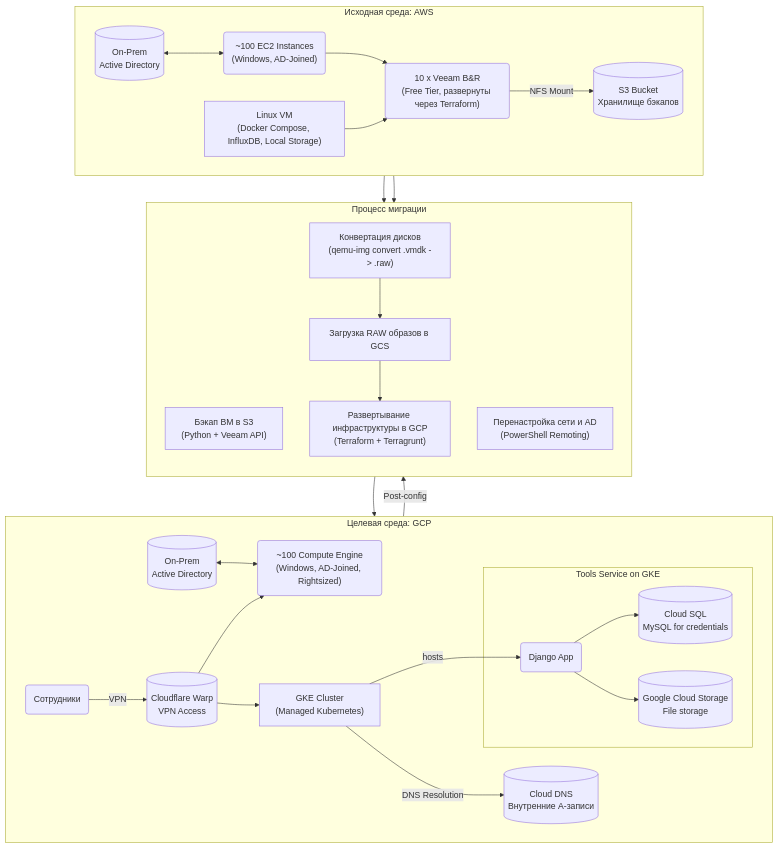
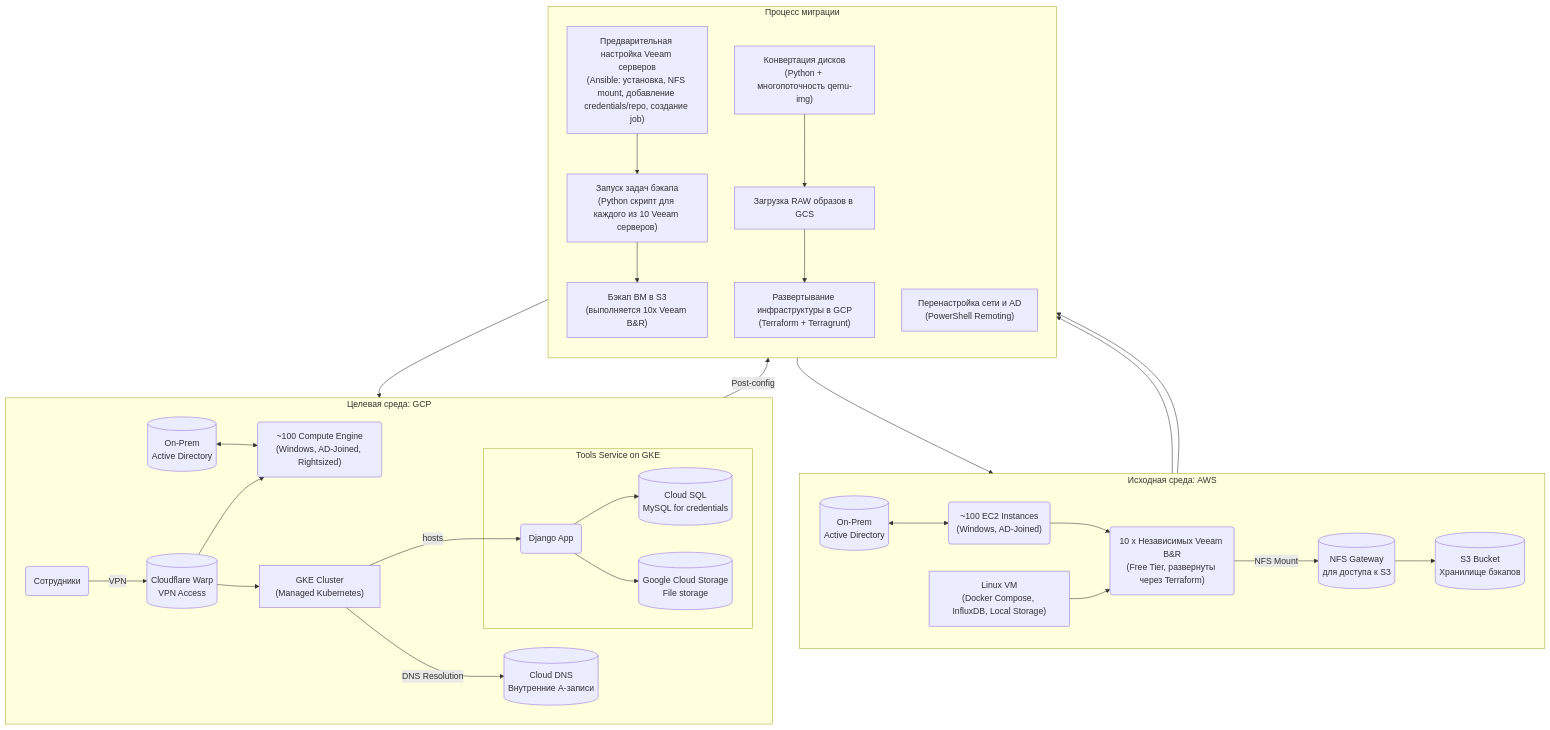
One commit to NeverTheSame/Y-TDD changed the diagram in README.md. Above: the diagram before and after it, drawn with Mermaid. The commit also changed other lines of this file and 3 other files, not shown here.

````diff
--- a/README.md
+++ b/README.md
@@ -64,56 +64,63 @@
 ```mermaid
 graph TD;
     subgraph "Исходная среда: AWS"
         direction LR
         A_AD[("On-Prem<br>Active Directory")]
         A_EC2("~100 EC2 Instances<br>(Windows, AD-Joined)")
         A_Tools["Linux VM<br>(Docker Compose, InfluxDB, Local Storage)"]
-        A_Veeam("10 x Veeam B&R<br>(Free Tier, развернуты через Terraform)")
+        A_Veeam("10 x Независимых Veeam B&R<br>(Free Tier, развернуты через Terraform)")
         A_S3[("S3 Bucket<br>Хранилище бэкапов")]
+        A_NFSGW[("NFS Gateway<br>для доступа к S3")]
 
         A_AD <--> A_EC2;
         A_EC2 --> A_Veeam;
         A_Tools --> A_Veeam;
-        A_Veeam -- NFS Mount --> A_S3;
+        A_Veeam -- NFS Mount --> A_NFSGW;
+        A_NFSGW --> A_S3;
     end
 
     subgraph "Целевая среда: GCP"
         direction LR
         G_AD[("On-Prem<br>Active Directory")]
         G_GCE("~100 Compute Engine<br>(Windows, AD-Joined, Rightsized)")
         G_GKE["GKE Cluster<br>(Managed Kubernetes)"]
         G_CloudSQL[("Cloud SQL<br>MySQL for credentials")]
         G_GCS[("Google Cloud Storage<br>File storage")]
         G_CloudDNS[("Cloud DNS<br>Внутренние A-записи")]
         G_Warp[("Cloudflare Warp<br>VPN Access")]
 
         subgraph "Tools Service on GKE"
             G_Django("Django App")
             G_Django --> G_CloudSQL;
             G_Django --> G_GCS;
         end
 
         G_GKE -- hosts --> G_Django;
         G_AD <--> G_GCE;
         G_Users("Сотрудники") -- VPN --> G_Warp;
         G_Warp --> G_GCE;
         G_Warp --> G_GKE;
         G_GKE -- DNS Resolution --> G_CloudDNS;
     end
 
     subgraph "Процесс миграции"
         direction TB
-        P1["Бэкап ВМ в S3<br>(Python + Veeam API)"]
-        P2["Конвертация дисков<br>(qemu-img convert .vmdk -> .raw)"]
-        P3["Загрузка RAW образов в GCS"]
-        P4["Развертывание инфраструктуры в GCP<br>(Terraform + Terragrunt)"]
-        P5["Перенастройка сети и AD<br>(PowerShell Remoting)"]
+        P_PrepVeeam["Предварительная настройка Veeam серверов<br>(Ansible: установка, NFS mount, добавление credentials/repo, создание job)"]
+        P_TriggerBackup["Запуск задач бэкапа<br>(Python скрипт для каждого из 10 Veeam серверов)"]
+        P_S3Backup["Бэкап ВМ в S3<br>(выполняется 10x Veeam B&R)"]
+        P_Convert["Конвертация дисков<br>(Python + многопоточность qemu-img)"]
+        P_Upload["Загрузка RAW образов в GCS"]
+        P_InfraDeploy["Развертывание инфраструктуры в GCP<br>(Terraform + Terragrunt)"]
+        P_NetworkAD["Перенастройка сети и AD<br>(PowerShell Remoting)"]
     end
 
-    A_S3 --> P1;
-    A_S3 --> P2;
-    P2 --> P3;
-    P3 --> P4;
-    P4 --> G_GCE;
-    G_GCE -- Post-config --> P5;
+    A_Veeam --> P_PrepVeeam;
+    P_PrepVeeam --> P_TriggerBackup;
+    P_TriggerBackup --> P_S3Backup;
+    P_S3Backup --> A_S3;
+    A_S3 --> P_Convert;
+    P_Convert --> P_Upload;
+    P_Upload --> P_InfraDeploy;
+    P_InfraDeploy --> G_GCE;
+    G_GCE -- Post-config --> P_NetworkAD;
 ```
````
